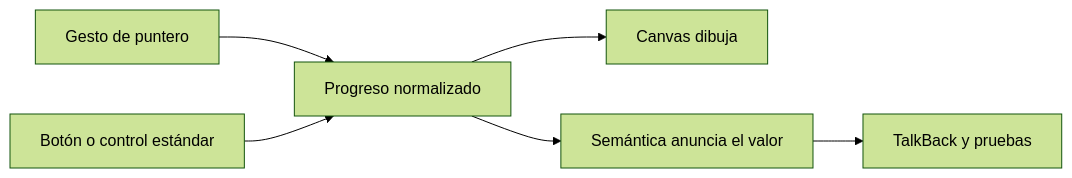
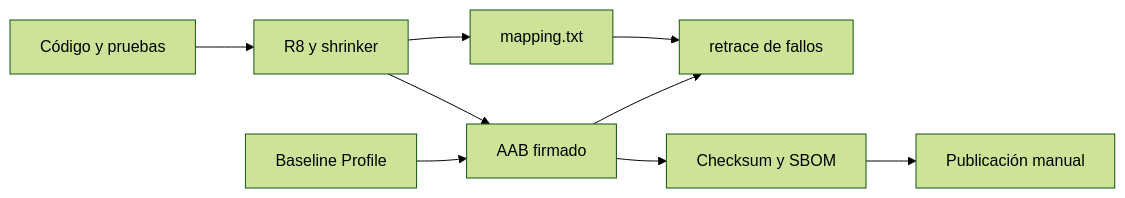
The ninth of 12 diagrams in web/public/content/android/modulo-17.md (NICORUIZ93/The_Imperial_Book), drawn with Mermaid (forest theme) before and after one commit. The commit also changed other lines of this file and 305 other files, not shown here.

````diff
--- a/web/public/content/android/modulo-17.md
+++ b/web/public/content/android/modulo-17.md
@@ -290,8 +232,11 @@
 ```mermaid
 flowchart LR
-    G[Gesto de puntero] --> E[Progreso normalizado]
-    B[Botón o control estándar] --> E
-    E --> V[Canvas dibuja]
-    E --> S[Semántica anuncia el valor]
-    S --> T[TalkBack y pruebas]
+    SRC[Código y pruebas] --> R8[R8 y shrinker]
+    R8 --> AAB[AAB firmado]
+    R8 --> MAP[mapping.txt]
+    BP[Baseline Profile] --> AAB
+    AAB --> CHK[Checksum y SBOM]
+    CHK --> PUB[Publicación manual]
+    AAB --> RET[retrace de fallos]
+    MAP --> RET
 ```
````
